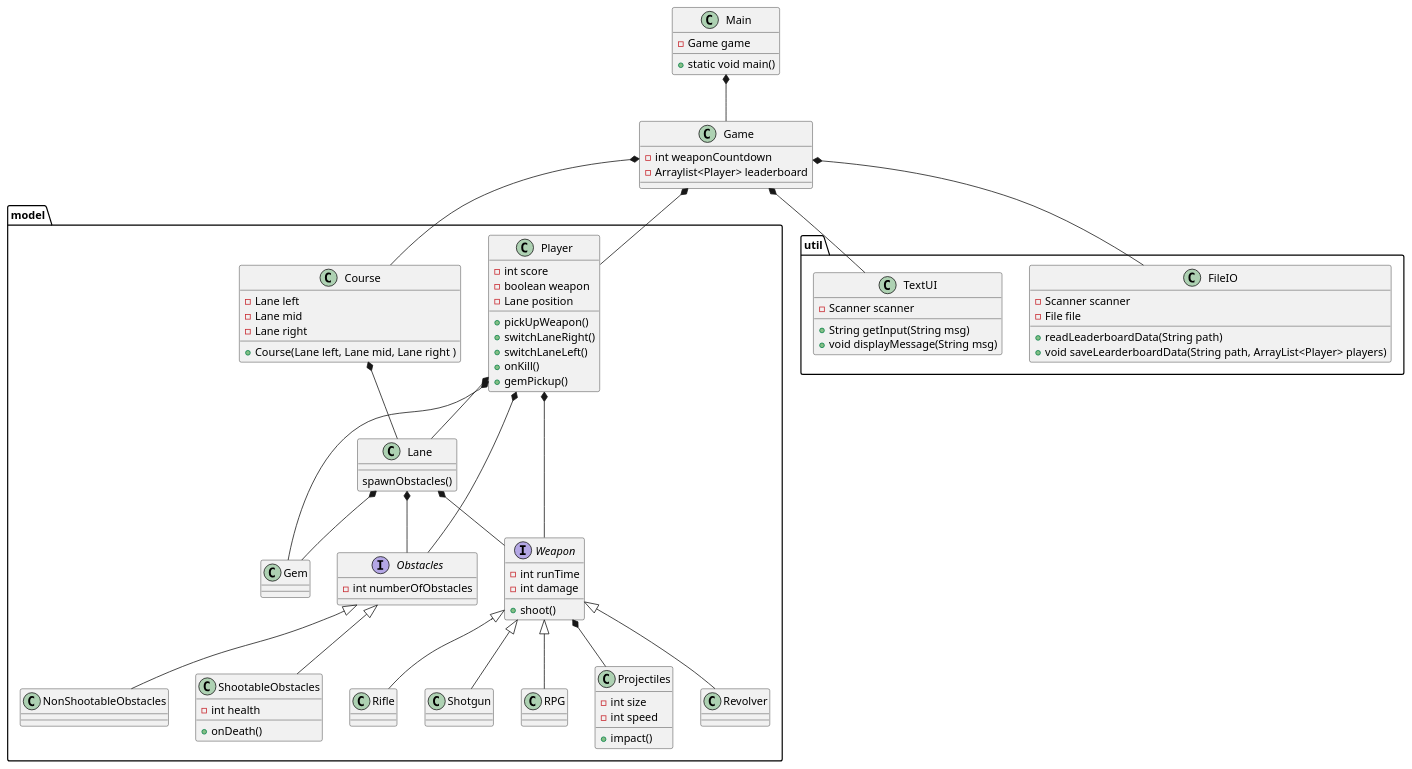
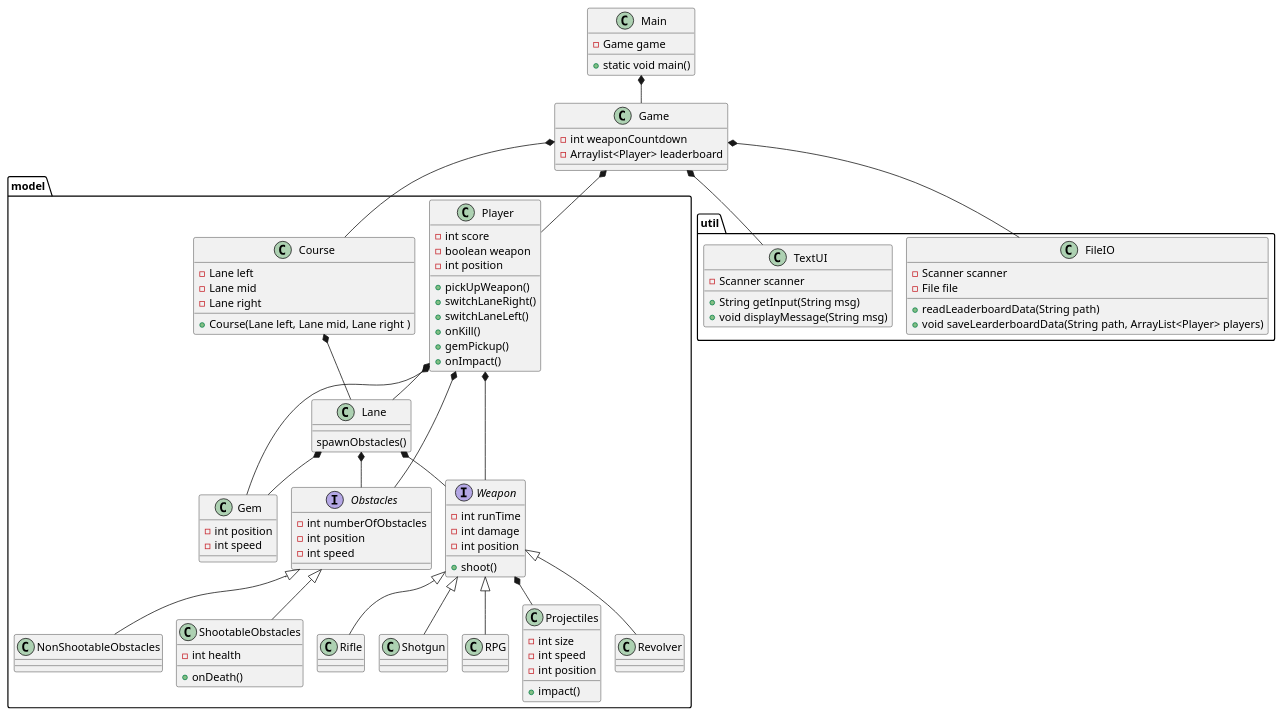
One commit to mbm1337/SP4_ICE changed the diagram in docs/ClassDiagram.puml. Above: the diagram before and after it, drawn with PlantUML. The commit also changed 9 other files, not shown here.

```diff
--- a/docs/ClassDiagram.puml
+++ b/docs/ClassDiagram.puml
@@ -1,108 +1,116 @@
 @startuml
 'https://plantuml.com/class-diagram
+
+!pragma layout smetana
 
 class Main{
 - Game game
 + static void main()
 
 }
 
 class Game{
 - int weaponCountdown
 -Arraylist<Player> leaderboard
 }
 
 package "model"{
 class Player{
 - int score
 - boolean weapon
-- Lane position
+- int position
 
 + pickUpWeapon()
 + switchLaneRight()
 + switchLaneLeft()
 + onKill()
 + gemPickup()
-
++ onImpact()
 }
 class Lane{
 
-
 spawnObstacles()
 }
+
 class Course{
 - Lane left
 - Lane mid
 - Lane right
 
 + Course(Lane left, Lane mid, Lane right )
 }
 
 interface Obstacles{
 - int numberOfObstacles
+- int position
+- int speed
 }
 
 class ShootableObstacles{
 - int health
 + onDeath()
 }
 class NonShootableObstacles
 
 interface Weapon{
 - int runTime
 - int damage
+- int position
 
 + shoot()
 }
 class Revolver
 class Rifle
 class Shotgun
 class RPG
 
 class Projectiles{
--int size
--int speed
+- int size
+- int speed
+- int position
 
 +impact()
 }
 class Gem{
+- int position
+- int speed
 }
 
 
 }
 package "util"{
 class FileIO{
 - Scanner scanner
 - File file
 + readLeaderboardData(String path)
 + void saveLearderboardData(String path, ArrayList<Player> players)
 }
 class TextUI{
 + String getInput(String msg)
 - Scanner scanner
 + void displayMessage(String msg)
 }
 }
 Main*--Game
 Game*--Player
 Game*--Course
 Game*--FileIO
 Game*-- TextUI
 Course *-- Lane
 Obstacles<|-- ShootableObstacles
 Player*-- Obstacles
 Lane *--Obstacles
 Obstacles<|-- NonShootableObstacles
 Player *-- Weapon
 Player*-- Lane
 Lane *-- Weapon
 Weapon *-- Projectiles
 Weapon<|-- Revolver
 Weapon<|-- Rifle
 Weapon<|-- Shotgun
 Weapon<|-- RPG
 Lane *--Gem
 Player*-- Gem
 
 
 @enduml
```
